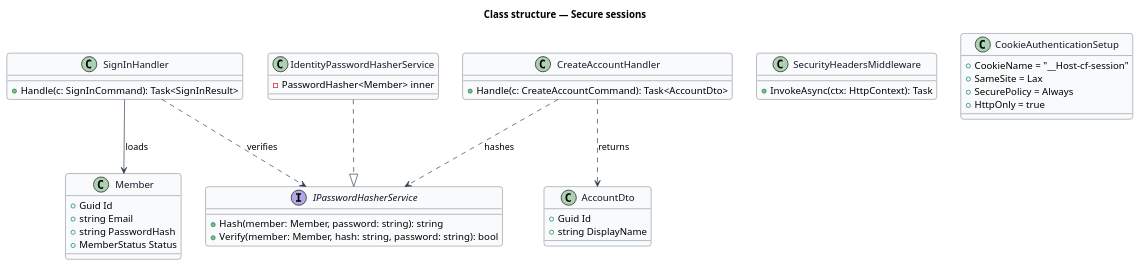
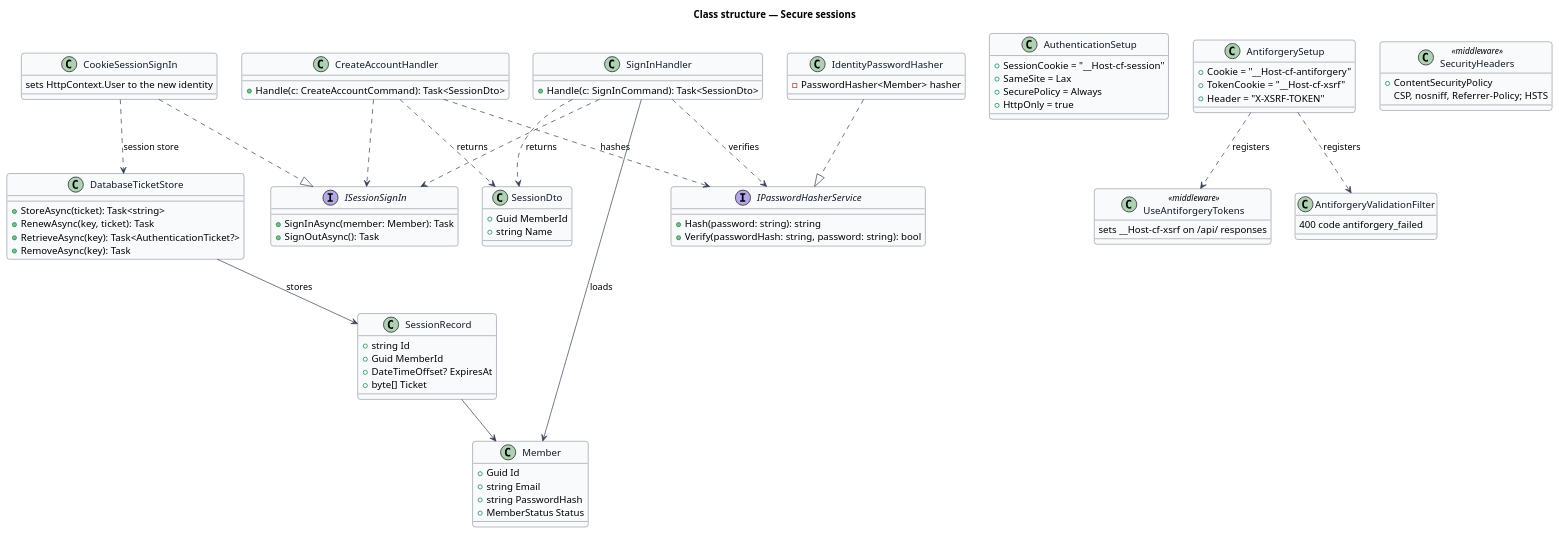
Before and after one commit to QuinntyneBrown/christian-fitness: the diagram in docs/detailed-designs/security/secure-sessions/diagrams/class.puml, drawn with PlantUML. The commit also changed 193 other files, not shown here.

First line of the commit message:
Slice 3.1: Sign in and sign out (#8)

```diff
--- a/docs/detailed-designs/security/secure-sessions/diagrams/class.puml
+++ b/docs/detailed-designs/security/secure-sessions/diagrams/class.puml
@@ -1,51 +1,91 @@
 @startuml
 skinparam backgroundColor #FFFFFF
 skinparam shadowing false
 skinparam roundcorner 8
 skinparam defaultFontName Arial
 skinparam ArrowColor #344054
 skinparam class {
   BorderColor #344054
   FontColor #101828
   BackgroundColor #F9FAFB
 }
 title Class structure — Secure sessions
 
 class Member {
   +Guid Id
   +string Email
   +string PasswordHash
   +MemberStatus Status
 }
 interface IPasswordHasherService {
-  +Hash(member: Member, password: string): string
-  +Verify(member: Member, hash: string, password: string): bool
+  +Hash(password: string): string
+  +Verify(passwordHash: string, password: string): bool
 }
-class IdentityPasswordHasherService {
-  -PasswordHasher<Member> inner
+class IdentityPasswordHasher {
+  -PasswordHasher<Member> hasher
+}
+interface ISessionSignIn {
+  +SignInAsync(member: Member): Task
+  +SignOutAsync(): Task
+}
+class CookieSessionSignIn {
+  sets HttpContext.User to the new identity
+}
+class DatabaseTicketStore {
+  +StoreAsync(ticket): Task<string>
+  +RenewAsync(key, ticket): Task
+  +RetrieveAsync(key): Task<AuthenticationTicket?>
+  +RemoveAsync(key): Task
+}
+class SessionRecord {
+  +string Id
+  +Guid MemberId
+  +DateTimeOffset? ExpiresAt
+  +byte[] Ticket
 }
 class SignInHandler {
-  +Handle(c: SignInCommand): Task<SignInResult>
+  +Handle(c: SignInCommand): Task<SessionDto>
 }
 class CreateAccountHandler {
-  +Handle(c: CreateAccountCommand): Task<AccountDto>
+  +Handle(c: CreateAccountCommand): Task<SessionDto>
 }
-class AccountDto {
-  +Guid Id
-  +string DisplayName
+class SessionDto {
+  +Guid MemberId
+  +string Name
 }
-class SecurityHeadersMiddleware {
-  +InvokeAsync(ctx: HttpContext): Task
-}
-class CookieAuthenticationSetup {
-  +CookieName = "__Host-cf-session"
+class AuthenticationSetup {
+  +SessionCookie = "__Host-cf-session"
   +SameSite = Lax
   +SecurePolicy = Always
   +HttpOnly = true
 }
-IdentityPasswordHasherService ..|> IPasswordHasherService
+class AntiforgerySetup {
+  +Cookie = "__Host-cf-antiforgery"
+  +TokenCookie = "__Host-cf-xsrf"
+  +Header = "X-XSRF-TOKEN"
+}
+class UseAntiforgeryTokens <<middleware>> {
+  sets __Host-cf-xsrf on /api/ responses
+}
+class AntiforgeryValidationFilter {
+  400 code antiforgery_failed
+}
+class SecurityHeaders <<middleware>> {
+  +ContentSecurityPolicy
+  CSP, nosniff, Referrer-Policy; HSTS
+}
+IdentityPasswordHasher ..|> IPasswordHasherService
+CookieSessionSignIn ..|> ISessionSignIn
 SignInHandler ..> IPasswordHasherService : verifies
 CreateAccountHandler ..> IPasswordHasherService : hashes
-CreateAccountHandler ..> AccountDto : returns
+SignInHandler ..> ISessionSignIn
+CreateAccountHandler ..> ISessionSignIn
+SignInHandler ..> SessionDto : returns
+CreateAccountHandler ..> SessionDto : returns
 SignInHandler --> Member : loads
+AntiforgerySetup ..> UseAntiforgeryTokens : registers
+AntiforgerySetup ..> AntiforgeryValidationFilter : registers
+CookieSessionSignIn ..> DatabaseTicketStore : session store
+DatabaseTicketStore --> SessionRecord : stores
+SessionRecord --> Member
 @enduml
```
